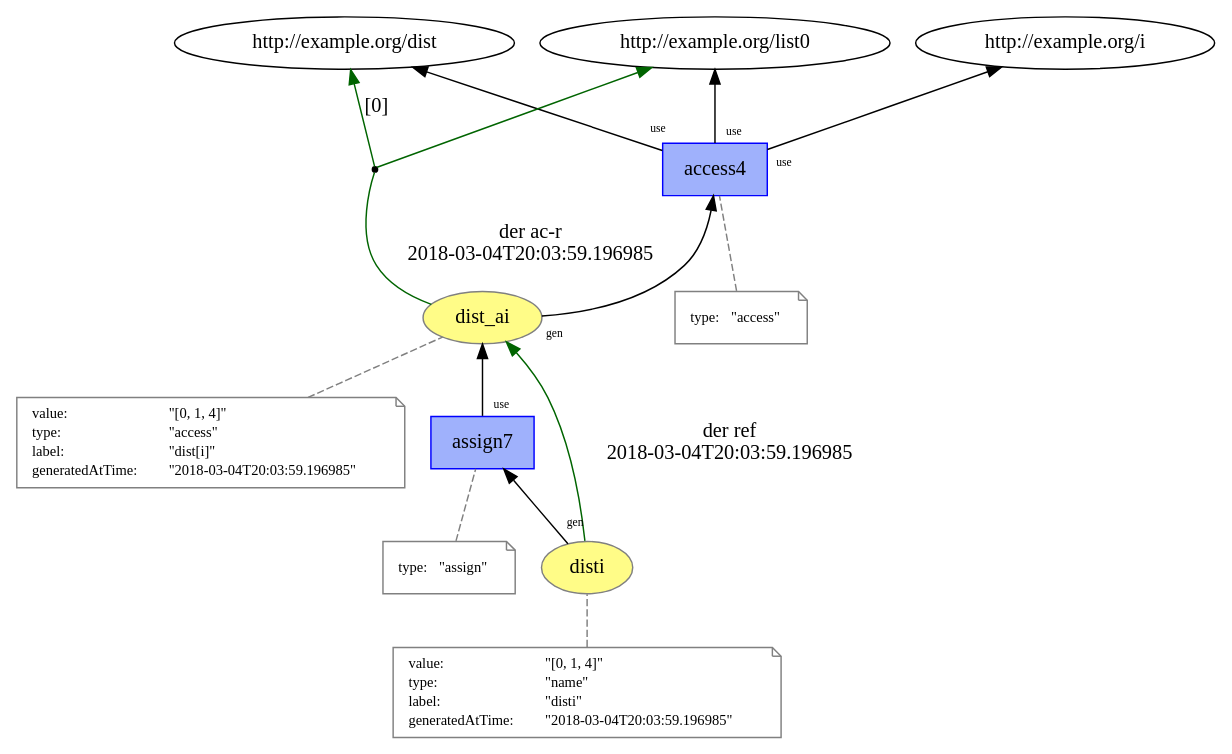
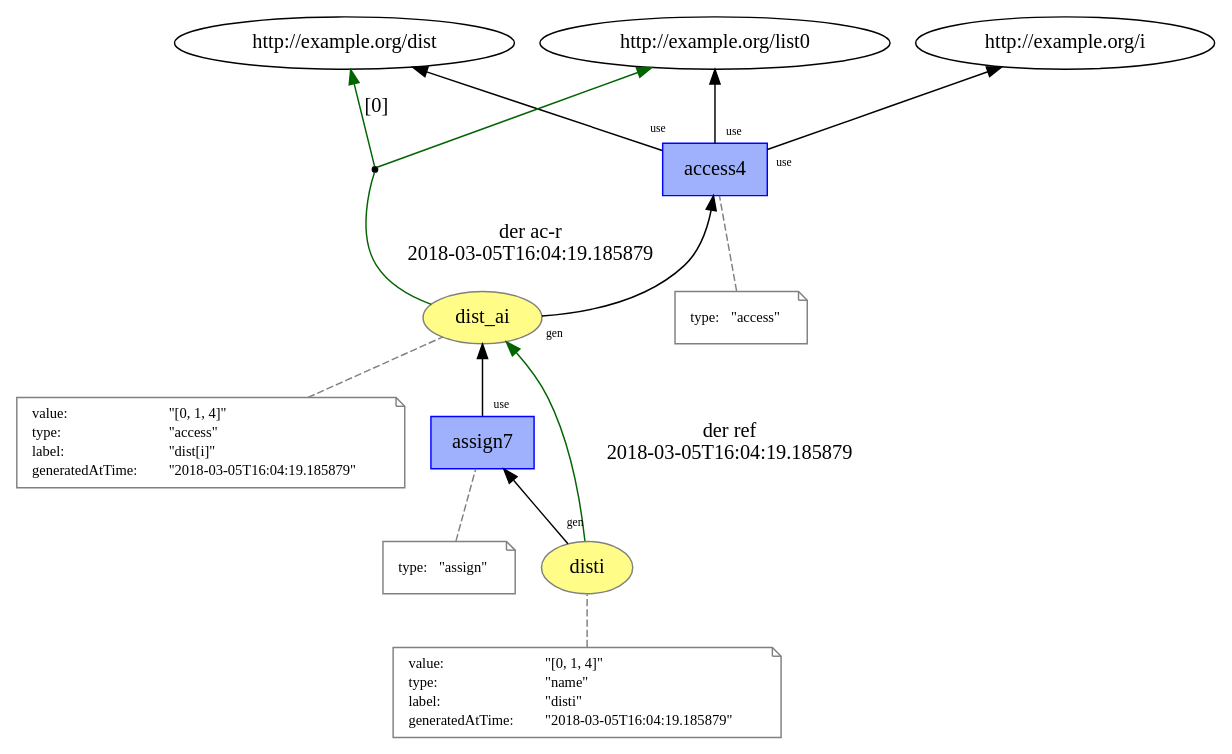
One commit to dew-uff/versioned-prov changed the diagram in images/versioned_prov/temp/L12__access__assign.dot. Above: the diagram before and after it, drawn with Graphviz. The commit also changed 1735 other files, not shown here.

```diff
--- a/images/versioned_prov/temp/L12__access__assign.dot
+++ b/images/versioned_prov/temp/L12__access__assign.dot
@@ -1,71 +1,71 @@
 digraph "PROV" { size="16,12"; rankdir="BT";
 "http://example.org/dist_ai" [fillcolor="#FFFC87",color="#808080",style="filled",label="dist_ai",URL="http://example.org/dist_ai"]
 "-attrs0" [color="gray",shape="note",fontsize="10",fontcolor="black",label=<<TABLE cellpadding="0" border="0">
 	<TR>
 	    <TD align="left">value:</TD>
 	    <TD align="left">&quot;[0, 1, 4]&quot;</TD>
 	</TR>
 	<TR>
 	    <TD align="left">type:</TD>
 	    <TD align="left">&quot;access&quot;</TD>
 	</TR>
 	<TR>
 	    <TD align="left">label:</TD>
 	    <TD align="left">&quot;dist[i]&quot;</TD>
 	</TR>
 	<TR>
 	    <TD align="left">generatedAtTime:</TD>
-	    <TD align="left">&quot;2018-03-04T20:03:59.196985&quot;</TD>
+	    <TD align="left">&quot;2018-03-05T16:04:19.185879&quot;</TD>
 	</TR>
 </TABLE>>]
 "-attrs0" -> "http://example.org/dist_ai" [color="gray",style="dashed",arrowhead="none"]
 "http://example.org/access4" [fillcolor="#9FB1FC",color="#0000FF",shape="polygon",sides="4",style="filled",label="access4",URL="http://example.org/access4"]
 "-attrs1" [color="gray",shape="note",fontsize="10",fontcolor="black",label=<<TABLE cellpadding="0" border="0">
 	<TR>
 	    <TD align="left">type:</TD>
 	    <TD align="left">&quot;access&quot;</TD>
 	</TR>
 </TABLE>>]
 "-attrs1" -> "http://example.org/access4" [color="gray",style="dashed",arrowhead="none"]
 "http://example.org/access4" -> "http://example.org/list0" [labelfontsize="8",labeldistance="1.5",labelangle="60.0",rotation="20",taillabel="use"]
 "bn0" [shape="point",label=""]
-"http://example.org/dist_ai" -> "bn0" [arrowhead="none",color="darkgreen",label="der ac-r
-2018-03-04T20:03:59.196985"]
+"http://example.org/dist_ai" -> "bn0" [arrowhead="none",label="der ac-r
+2018-03-05T16:04:19.185879",color="darkgreen"]
 "bn0" -> "http://example.org/dist" [labelfontsize="8",labeldistance="1.5",color="darkgreen",labelangle="60.0",rotation="20",label="[0]"]
 "bn0" -> "http://example.org/list0" [color="darkgreen"]
 "http://example.org/dist_ai" -> "http://example.org/access4" [labelfontsize="8",labeldistance="1.5",labelangle="60.0",rotation="20",taillabel="gen"]
 "http://example.org/access4" -> "http://example.org/dist" [labelfontsize="8",labeldistance="1.5",labelangle="60.0",rotation="20",taillabel="use"]
 "http://example.org/access4" -> "http://example.org/i" [labelfontsize="8",labeldistance="1.5",labelangle="60.0",rotation="20",taillabel="use"]
 "http://example.org/disti" [fillcolor="#FFFC87",color="#808080",style="filled",label="disti",URL="http://example.org/disti"]
 "-attrs2" [color="gray",shape="note",fontsize="10",fontcolor="black",label=<<TABLE cellpadding="0" border="0">
 	<TR>
 	    <TD align="left">value:</TD>
 	    <TD align="left">&quot;[0, 1, 4]&quot;</TD>
 	</TR>
 	<TR>
 	    <TD align="left">type:</TD>
 	    <TD align="left">&quot;name&quot;</TD>
 	</TR>
 	<TR>
 	    <TD align="left">label:</TD>
 	    <TD align="left">&quot;disti&quot;</TD>
 	</TR>
 	<TR>
 	    <TD align="left">generatedAtTime:</TD>
-	    <TD align="left">&quot;2018-03-04T20:03:59.196985&quot;</TD>
+	    <TD align="left">&quot;2018-03-05T16:04:19.185879&quot;</TD>
 	</TR>
 </TABLE>>]
 "-attrs2" -> "http://example.org/disti" [color="gray",style="dashed",arrowhead="none"]
 "http://example.org/assign7" [fillcolor="#9FB1FC",color="#0000FF",shape="polygon",sides="4",style="filled",label="assign7",URL="http://example.org/assign7"]
 "-attrs3" [color="gray",shape="note",fontsize="10",fontcolor="black",label=<<TABLE cellpadding="0" border="0">
 	<TR>
 	    <TD align="left">type:</TD>
 	    <TD align="left">&quot;assign&quot;</TD>
 	</TR>
 </TABLE>>]
 "-attrs3" -> "http://example.org/assign7" [color="gray",style="dashed",arrowhead="none"]
 "http://example.org/assign7" -> "http://example.org/dist_ai" [labelfontsize="8",labeldistance="1.5",labelangle="60.0",rotation="20",taillabel="use"]
 "http://example.org/disti" -> "http://example.org/dist_ai" [labelfontsize="8",labeldistance="1.5",color="darkgreen",labelangle="60.0",rotation="20",label="der ref
-2018-03-04T20:03:59.196985"]
+2018-03-05T16:04:19.185879"]
 "http://example.org/disti" -> "http://example.org/assign7" [labelfontsize="8",labeldistance="1.5",labelangle="60.0",rotation="20",taillabel="gen"]
 }
```
